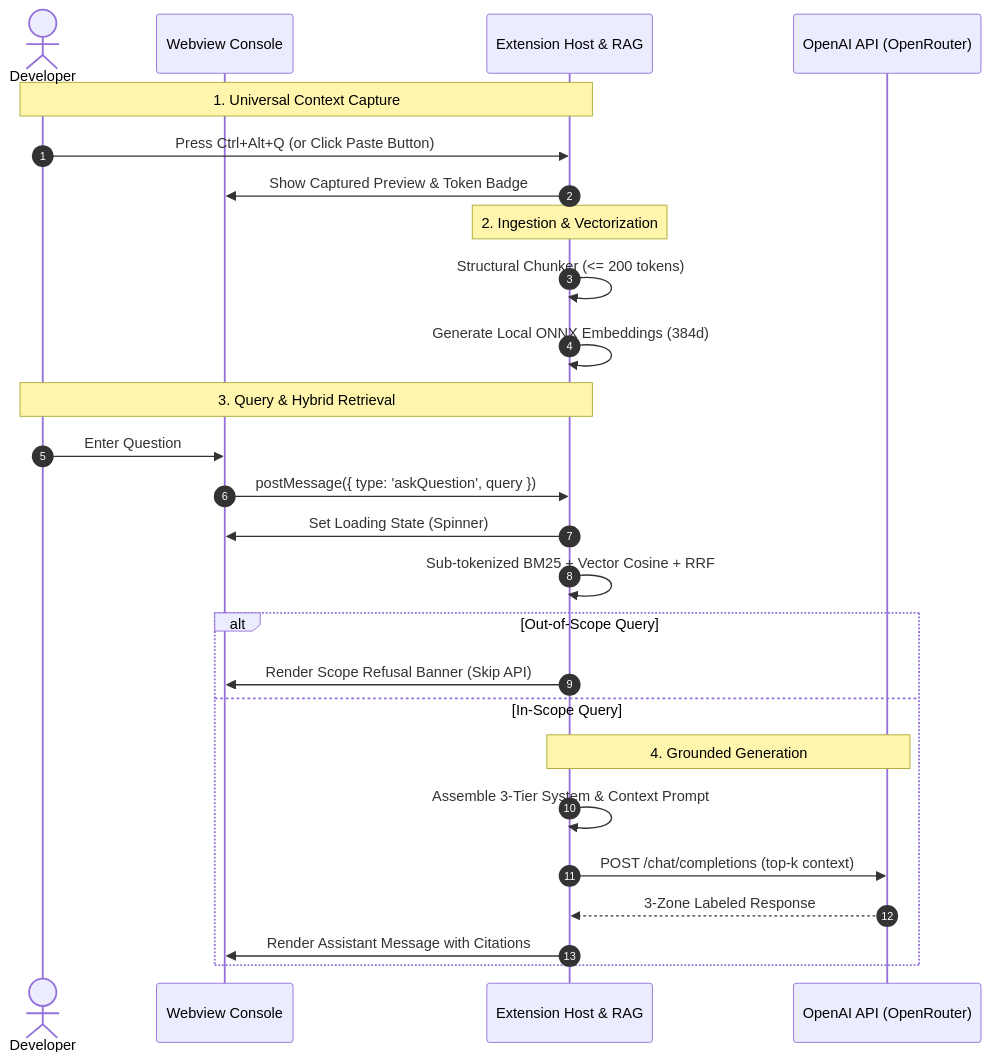
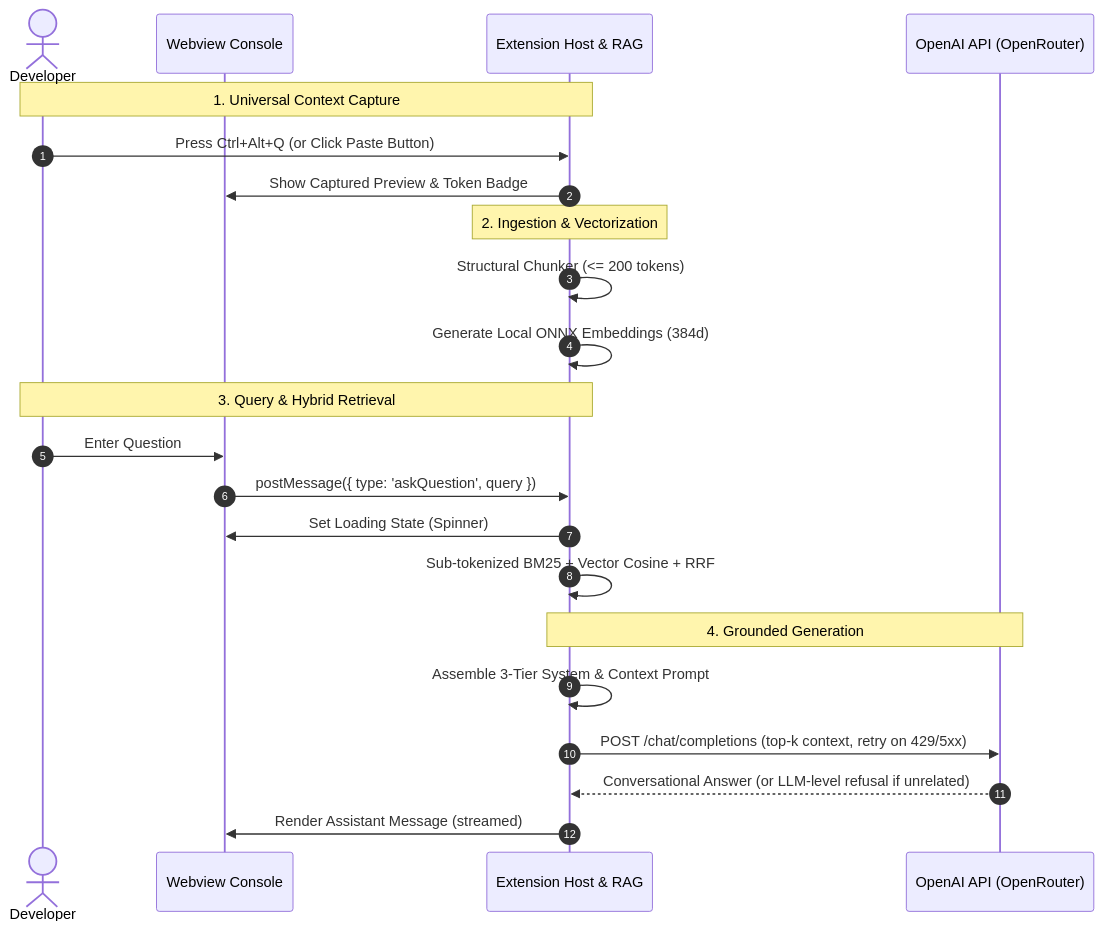
The second of 2 diagrams in docs/flow.md (abhishek3059/Agentic-chat-QA-bot), drawn with Mermaid before and after one commit. The commit also changed other lines of this file and 39 other files, not shown here.

````diff
--- a/docs/flow.md
+++ b/docs/flow.md
@@ -45,37 +44,32 @@
 ```mermaid
 sequenceDiagram
     autonumber
     actor Dev as Developer
     participant UI as Webview Console
     participant Core as Extension Host & RAG
     participant LLM as OpenAI API (OpenRouter)
 
     %% Phase 1: Capture
     Note over Dev,Core: 1. Universal Context Capture
     Dev->>Core: Press Ctrl+Alt+Q (or Click Paste Button)
     Core->>UI: Show Captured Preview & Token Badge
 
     %% Phase 2: Indexing
     Note over Core: 2. Ingestion & Vectorization
     Core->>Core: Structural Chunker (<= 200 tokens)
     Core->>Core: Generate Local ONNX Embeddings (384d)
 
     %% Phase 3: Question & Retrieval
     Note over Dev,Core: 3. Query & Hybrid Retrieval
     Dev->>UI: Enter Question
     UI->>Core: postMessage({ type: 'askQuestion', query })
     Core->>UI: Set Loading State (Spinner)
     Core->>Core: Sub-tokenized BM25 + Vector Cosine + RRF
 
-    %% Phase 4: Guardrail Check
-    alt Out-of-Scope Query
-        Core->>UI: Render Scope Refusal Banner (Skip API)
-    else In-Scope Query
-        %% Phase 5: Generation
-        Note over Core,LLM: 4. Grounded Generation
-        Core->>Core: Assemble 3-Tier System & Context Prompt
-        Core->>LLM: POST /chat/completions (top-k context)
-        LLM-->>Core: 3-Zone Labeled Response
-        Core->>UI: Render Assistant Message with Citations
-    end
+    %% Phase 4: Grounded Generation (ADR-017: no pre-retrieval gate)
+    Note over Core,LLM: 4. Grounded Generation
+    Core->>Core: Assemble 3-Tier System & Context Prompt
+    Core->>LLM: POST /chat/completions (top-k context, retry on 429/5xx)
+    LLM-->>Core: Conversational Answer (or LLM-level refusal if unrelated)
+    Core->>UI: Render Assistant Message (streamed)
 ```
````
